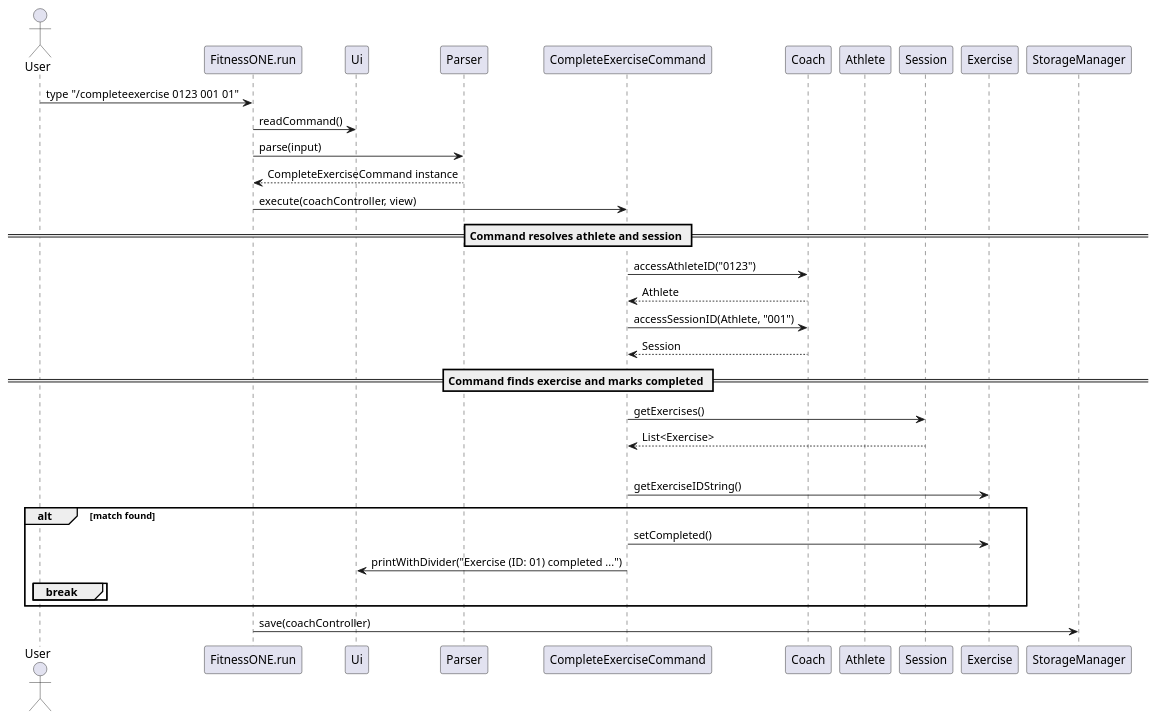
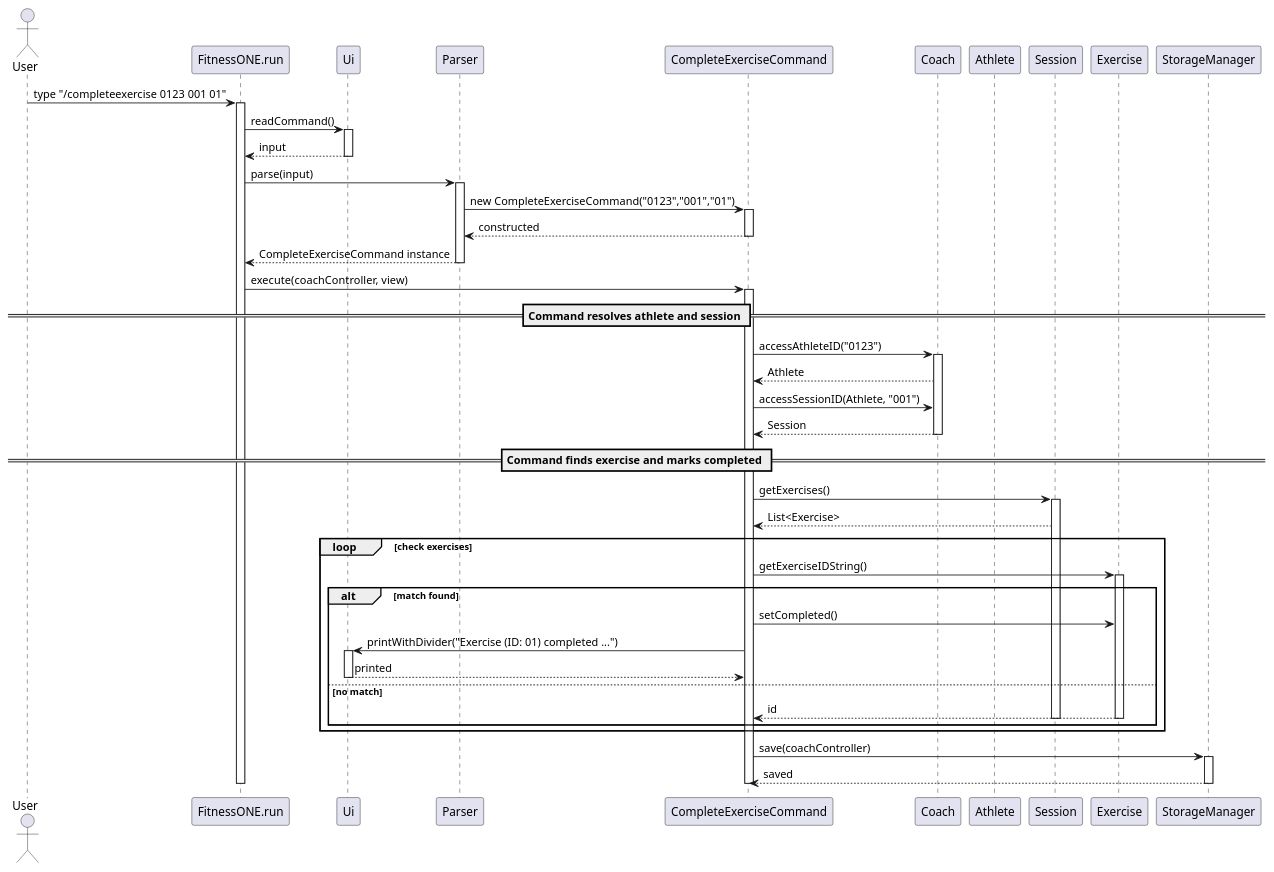
One commit to AY2526S1-CS2113-W14-1/tp changed the diagram in docs/diagrams/CompleteExercise_sequence.puml. Above: the diagram before and after it, drawn with PlantUML. The commit also changed 22 other files, not shown here.

```diff
--- a/docs/diagrams/CompleteExercise_sequence.puml
+++ b/docs/diagrams/CompleteExercise_sequence.puml
@@ -1,38 +1,72 @@
 @startuml
 actor User
 participant FitnessONE as "FitnessONE.run"
 participant Ui as "Ui"
 participant Parser as "Parser"
 participant CompleteCmd as "CompleteExerciseCommand"
 participant Coach as "Coach"
 participant Athlete as "Athlete"
 participant Session as "Session"
 participant Exercise as "Exercise"
 participant Storage as "StorageManager"
 
 User -> FitnessONE : type "/completeexercise 0123 001 01"
+activate FitnessONE
+
 FitnessONE -> Ui : readCommand()
+activate Ui
+Ui --> FitnessONE : input
+deactivate Ui
+
+
 FitnessONE -> Parser : parse(input)
+activate Parser
+Parser -> CompleteCmd ++ : new CompleteExerciseCommand("0123","001","01")
+
+CompleteCmd --> Parser -- : constructed
+
 Parser --> FitnessONE : CompleteExerciseCommand instance
+deactivate Parser
+
 FitnessONE -> CompleteCmd : execute(coachController, view)
+activate CompleteCmd
 
 == Command resolves athlete and session ==
 CompleteCmd -> Coach : accessAthleteID("0123")
+activate Coach
 Coach --> CompleteCmd : Athlete
 CompleteCmd -> Coach : accessSessionID(Athlete, "001")
 Coach --> CompleteCmd : Session
+deactivate Coach
 
 == Command finds exercise and marks completed ==
 CompleteCmd -> Session : getExercises()
+activate Session
 Session --> CompleteCmd : List<Exercise>
+
 loop check exercises
     CompleteCmd -> Exercise : getExerciseIDString()
+    activate Exercise
     alt match found
         CompleteCmd -> Exercise : setCompleted()
         CompleteCmd -> Ui : printWithDivider("Exercise (ID: 01) completed ...")
-        break
+        activate Ui
+        Ui --> CompleteCmd : printed
+        deactivate Ui
+
+    else no match
+        Exercise --> CompleteCmd : id
+        deactivate Exercise
+    deactivate Session
     end
 end
-FitnessONE -> Storage : save(coachController)
 
+
+CompleteCmd -> Storage : save(coachController)
+activate Storage
+Storage --> CompleteCmd : saved
+deactivate Storage
+
+deactivate CompleteCmd
+deactivate FitnessONE
 @enduml
```
